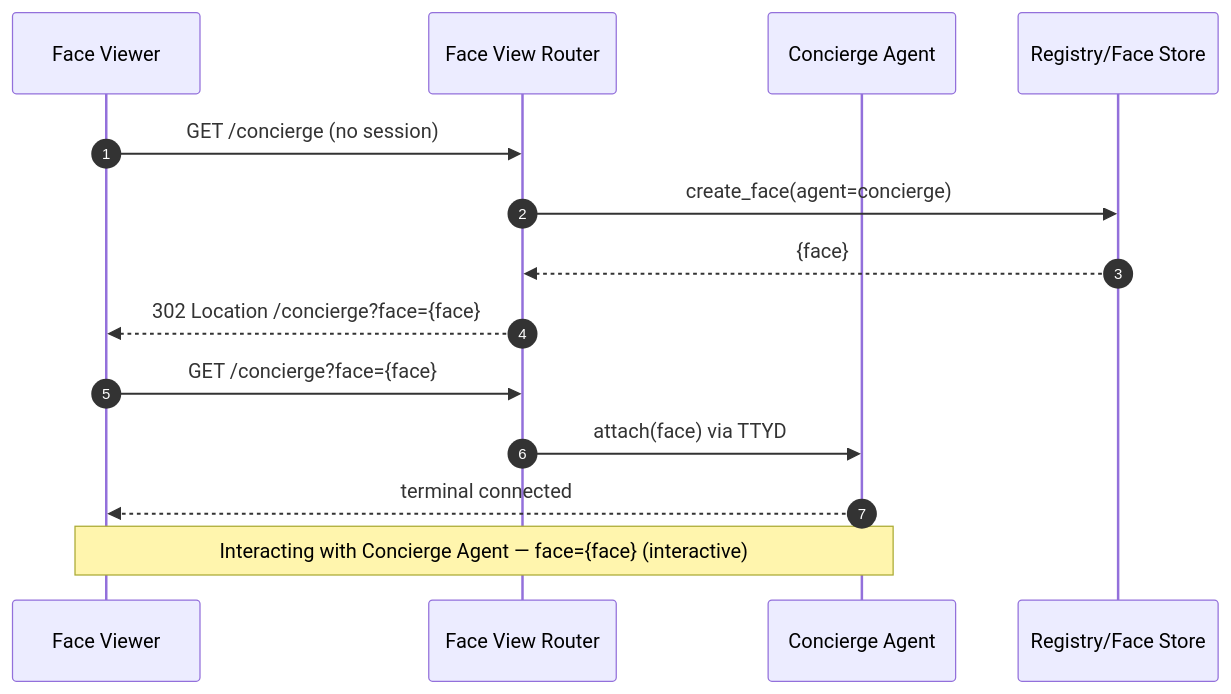
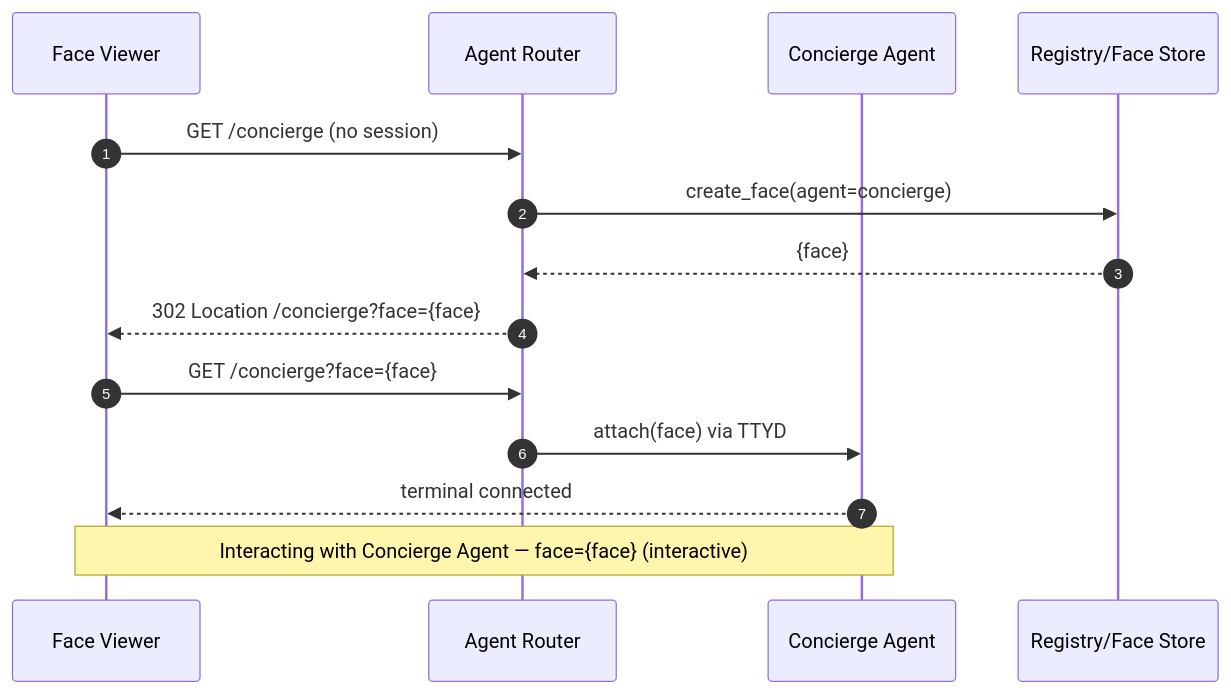
Before and after one commit to dreamcatcher-tech/artifact-codex: the fifth of 6 diagrams in design/docs/USER-FLOW.md, drawn with Mermaid. The commit also changed other lines of this file and 45 other files, not shown here.

````diff
--- a/design/docs/USER-FLOW.md
+++ b/design/docs/USER-FLOW.md
@@ -227,16 +227,16 @@
 ```mermaid
 sequenceDiagram
   autonumber
   participant U as Face Viewer
-  participant FVR as Face View Router
+  participant AR as Agent Router
   participant C as Concierge Agent
   participant R as Registry/Face Store
-  U->>FVR: GET /concierge (no session)
-  FVR->>R: create_face(agent=concierge)
-  R-->>FVR: {face}
-  FVR-->>U: 302 Location /concierge?face={face}
-  U->>FVR: GET /concierge?face={face}
-  FVR->>C: attach(face) via TTYD
+  U->>AR: GET /concierge (no session)
+  AR->>R: create_face(agent=concierge)
+  R-->>AR: {face}
+  AR-->>U: 302 Location /concierge?face={face}
+  U->>AR: GET /concierge?face={face}
+  AR->>C: attach(face) via TTYD
   C-->>U: terminal connected
   Note over U,C: Interacting with Concierge Agent — face={face} (interactive)
 ```
````
